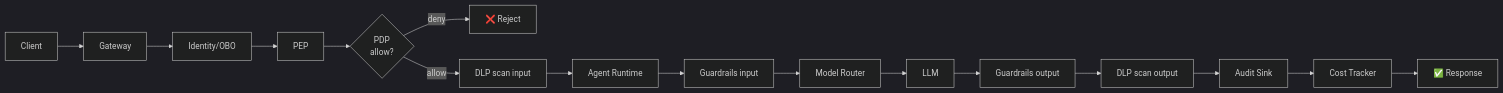
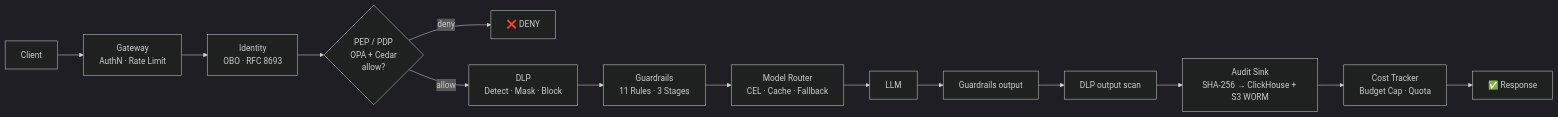
The second of 4 diagrams in README.md (rendq/AI-Keeper), drawn with Mermaid (dark theme) before and after one commit. The commit also changed other lines of this file, not shown here.

Commit message:
docs: update architecture diagrams in README

````diff
--- a/README.md
+++ b/README.md
@@ -74,18 +71,16 @@
 ```mermaid
 graph LR
-    A[Client] --> B[Gateway]
-    B --> C[Identity/OBO]
-    C --> D[PEP]
-    D --> E{PDP<br/>allow?}
-    E -->|deny| Z[❌ Reject]
-    E -->|allow| F[DLP scan input]
-    F --> G[Agent Runtime]
-    G --> H[Guardrails input]
-    H --> I[Model Router]
-    I --> J[LLM]
-    J --> K[Guardrails output]
-    K --> L[DLP scan output]
-    L --> M[Audit Sink]
-    M --> N[Cost Tracker]
-    N --> O[✅ Response]
+    A[Client] --> B[Gateway<br/>AuthN · Rate Limit]
+    B --> C[Identity<br/>OBO · RFC 8693]
+    C --> D{PEP / PDP<br/>OPA + Cedar<br/>allow?}
+    D -->|deny| Z[❌ DENY]
+    D -->|allow| E[DLP<br/>Detect · Mask · Block]
+    E --> F[Guardrails<br/>11 Rules · 3 Stages]
+    F --> G[Model Router<br/>CEL · Cache · Fallback]
+    G --> H[LLM]
+    H --> I[Guardrails output]
+    I --> J[DLP output scan]
+    J --> K[Audit Sink<br/>SHA-256 → ClickHouse + S3 WORM]
+    K --> L[Cost Tracker<br/>Budget Cap · Quota]
+    L --> M[✅ Response]
 ```
````
